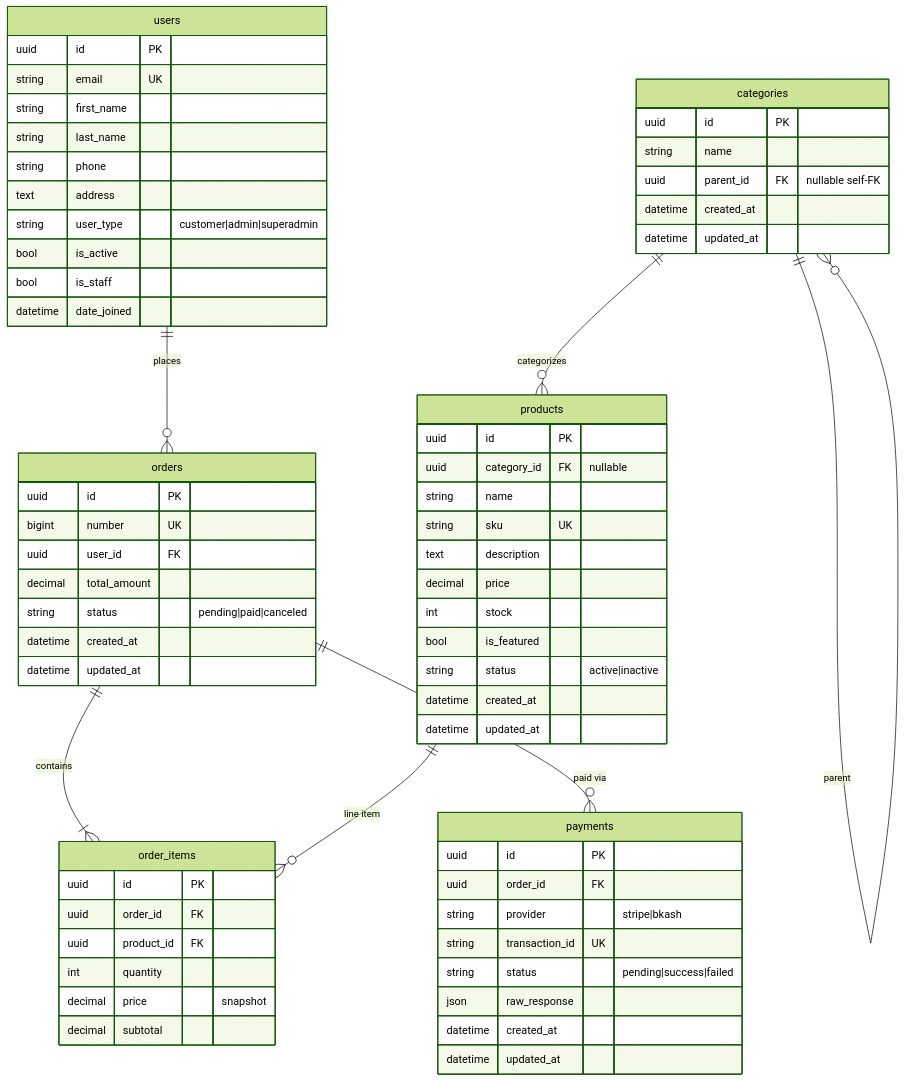
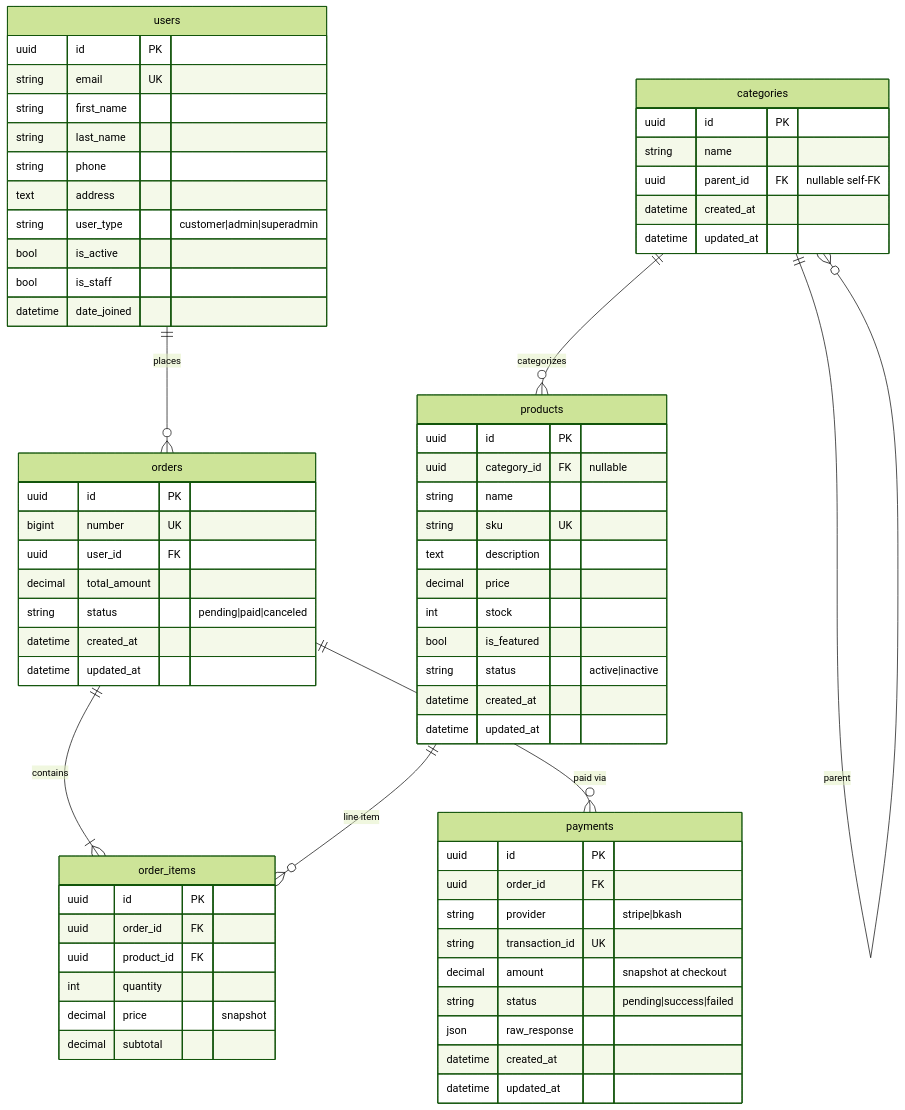
One commit to AR-Pial/eops_task_arpial changed the second of 5 diagrams in docs/4.1-documentation.md. Above: the diagram before and after it, drawn with Mermaid (forest theme). The commit also changed 7 other files, not shown here.

````diff
--- a/docs/4.1-documentation.md
+++ b/docs/4.1-documentation.md
@@ -89,74 +89,75 @@
 ```mermaid
 erDiagram
   users ||--o{ orders : places
   orders ||--|{ order_items : contains
   products ||--o{ order_items : "line item"
   orders ||--o{ payments : "paid via"
   categories ||--o{ categories : parent
   categories ||--o{ products : categorizes
 
   users {
     uuid id PK
     string email UK
     string first_name
     string last_name
     string phone
     text address
     string user_type "customer|admin|superadmin"
     bool is_active
     bool is_staff
     datetime date_joined
   }
 
   categories {
     uuid id PK
     string name
     uuid parent_id FK "nullable self-FK"
     datetime created_at
     datetime updated_at
   }
 
   products {
     uuid id PK
     uuid category_id FK "nullable"
     string name
     string sku UK
     text description
     decimal price
     int stock
     bool is_featured
     string status "active|inactive"
     datetime created_at
     datetime updated_at
   }
 
   orders {
     uuid id PK
     bigint number UK
     uuid user_id FK
     decimal total_amount
     string status "pending|paid|canceled"
     datetime created_at
     datetime updated_at
   }
 
   order_items {
     uuid id PK
     uuid order_id FK
     uuid product_id FK
     int quantity
     decimal price "snapshot"
     decimal subtotal
   }
 
   payments {
     uuid id PK
     uuid order_id FK
     string provider "stripe|bkash"
     string transaction_id UK
+    decimal amount "snapshot at checkout"
     string status "pending|success|failed"
     json raw_response
     datetime created_at
     datetime updated_at
   }
 ```
````
